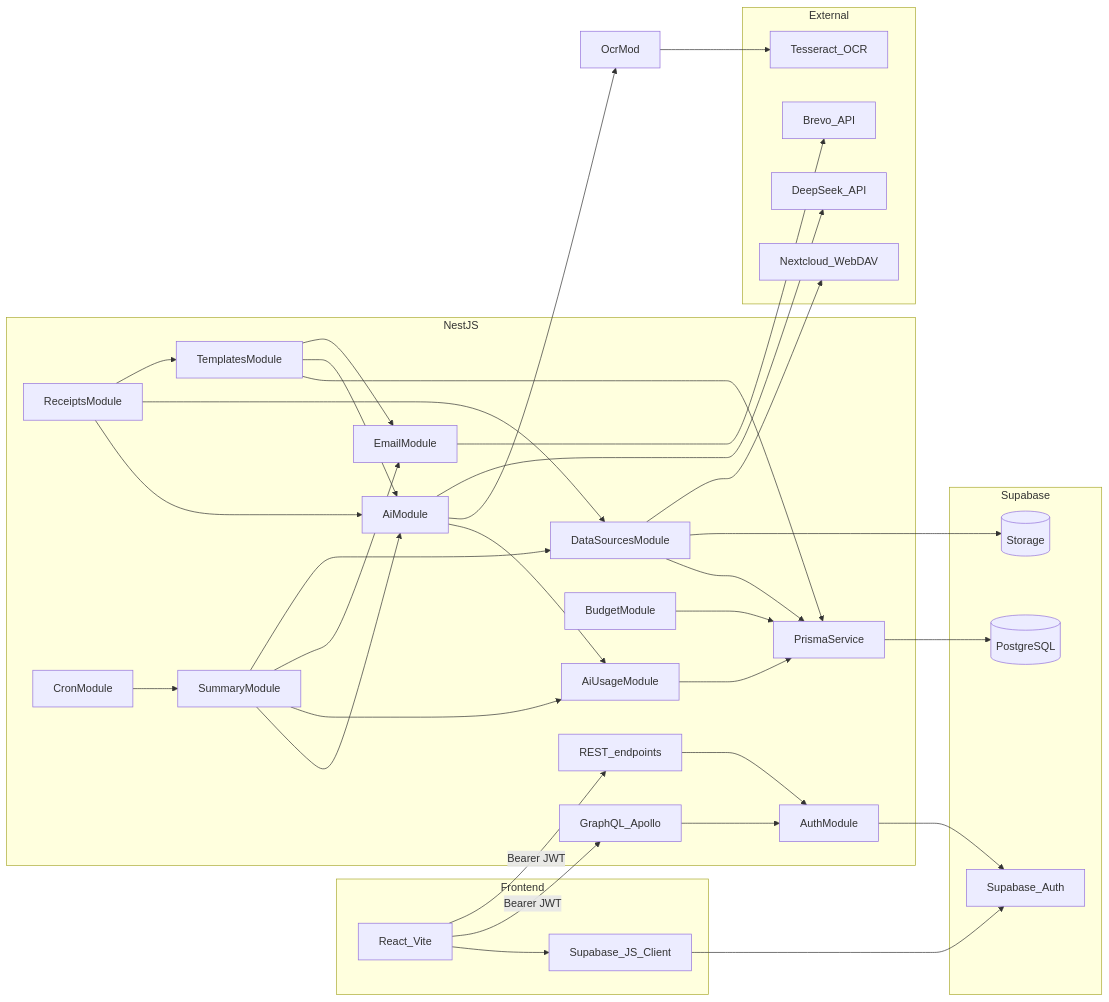
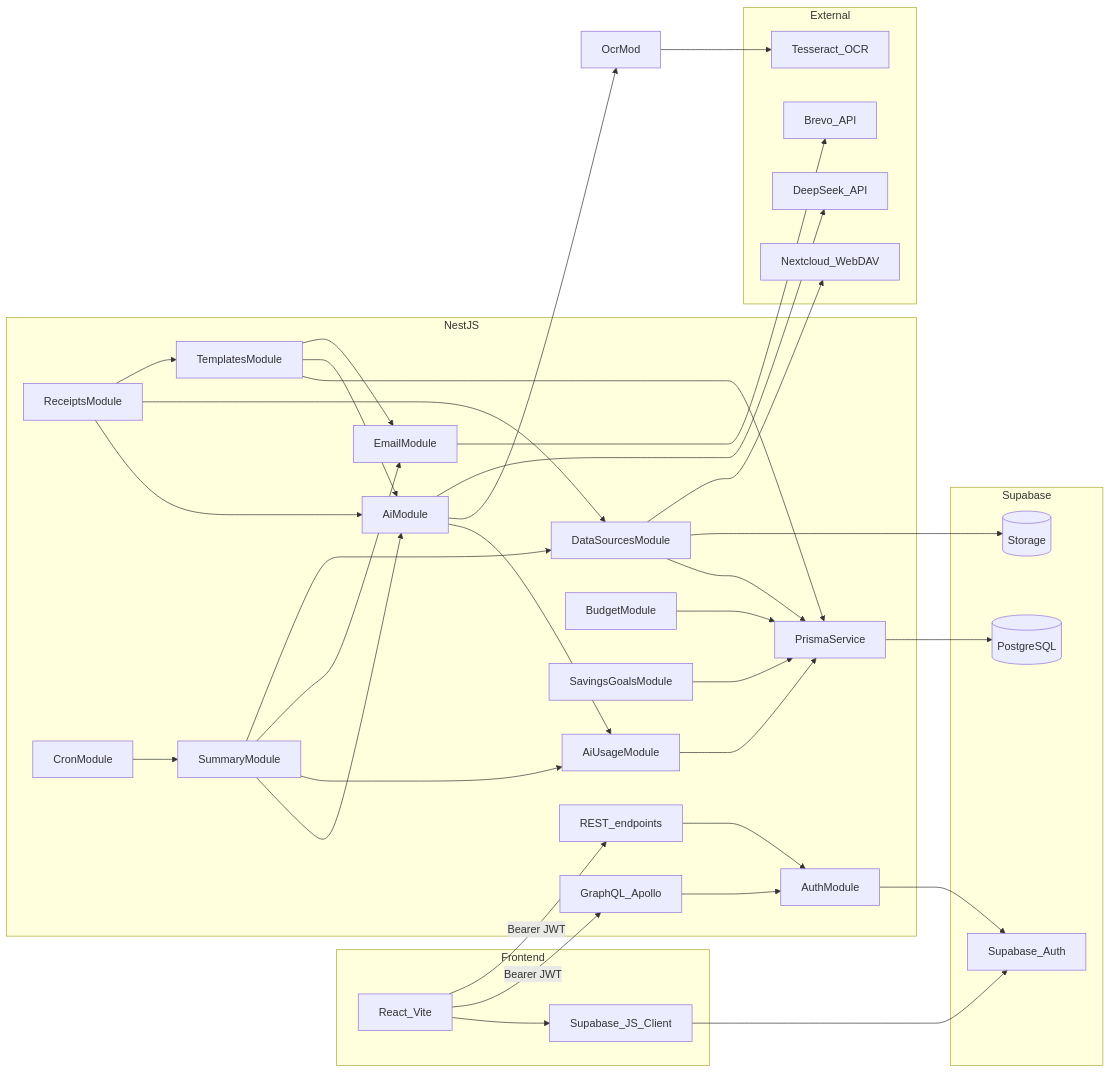
Before and after one commit to PatrykS-ORG/expenses-tracking-backend: the diagram in docs/architecture.md, drawn with Mermaid. The commit also changed other lines of this file and 18 other files, not shown here.

First line of the commit message:
feat: add long-term savings goals API (#50)

````diff
--- a/docs/architecture.md
+++ b/docs/architecture.md
@@ -18,63 +18,65 @@
 ```mermaid
 flowchart LR
   subgraph frontend [Frontend]
     React[React_Vite]
     SupaClient[Supabase_JS_Client]
   end
   subgraph backend [NestJS]
     GQL[GraphQL_Apollo]
     REST[REST_endpoints]
     AuthMod[AuthModule]
     TemplatesMod[TemplatesModule]
     DataSourcesMod[DataSourcesModule]
     EmailMod[EmailModule]
     AiMod[AiModule]
     AiUsageMod[AiUsageModule]
     ReceiptsMod[ReceiptsModule]
     SummaryMod[SummaryModule]
     BudgetMod[BudgetModule]
+    SavingsGoalsMod[SavingsGoalsModule]
     CronMod[CronModule]
     PrismaSvc[PrismaService]
   end
   subgraph supabase [Supabase]
     SupaAuth[Supabase_Auth]
     Postgres[(PostgreSQL)]
     Storage[(Storage)]
   end
   subgraph external [External]
     DeepSeek[DeepSeek_API]
     Tesseract[Tesseract_OCR]
     Brevo[Brevo_API]
     Nextcloud[Nextcloud_WebDAV]
   end
 
   React --> SupaClient
   SupaClient --> SupaAuth
   React -->|"Bearer JWT"| GQL
   React -->|"Bearer JWT"| REST
   GQL --> AuthMod
   REST --> AuthMod
   AuthMod --> SupaAuth
   TemplatesMod --> PrismaSvc
   TemplatesMod --> AiMod
   TemplatesMod --> EmailMod
   DataSourcesMod --> PrismaSvc
   DataSourcesMod --> Storage
   DataSourcesMod --> Nextcloud
   ReceiptsMod --> AiMod
   ReceiptsMod --> DataSourcesMod
   ReceiptsMod --> TemplatesMod
   AiMod --> AiUsageMod
   AiMod --> OcrMod
   AiMod --> DeepSeek
   AiUsageMod --> PrismaSvc
   OcrMod --> Tesseract
   EmailMod --> Brevo
   SummaryMod --> AiMod
   SummaryMod --> AiUsageMod
   SummaryMod --> EmailMod
   SummaryMod --> DataSourcesMod
   BudgetMod --> PrismaSvc
+  SavingsGoalsMod --> PrismaSvc
   CronMod --> SummaryMod
   PrismaSvc --> Postgres
 ```
````
